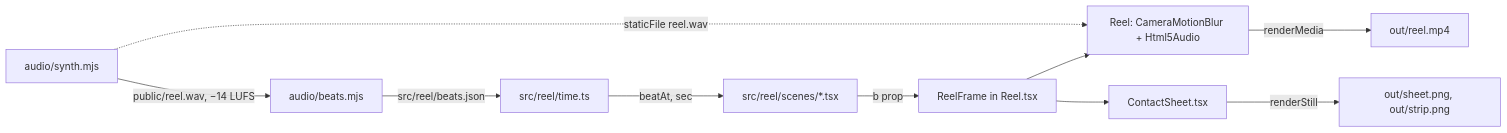
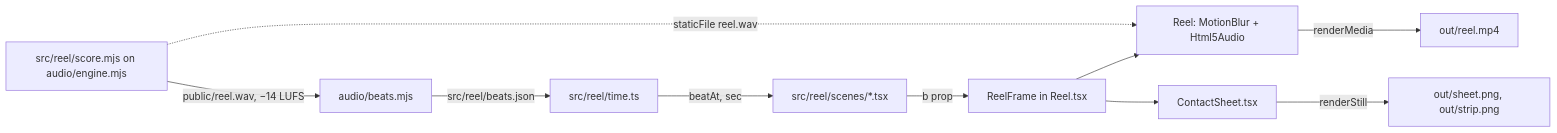
The diagram in docs/MOTION_REEL.md (alxv2016/claude-animation), drawn with Mermaid before and after one commit. The commit also changed other lines of this file and 57 other files, not shown here.

````diff
--- a/docs/MOTION_REEL.md
+++ b/docs/MOTION_REEL.md
@@ -162,12 +164,12 @@
 ```mermaid
 flowchart LR
-  SYNTH[audio/synth.mjs] -->|public/reel.wav, −14 LUFS| BEATS[audio/beats.mjs]
+  SYNTH[src/reel/score.mjs on audio/engine.mjs] -->|public/reel.wav, −14 LUFS| BEATS[audio/beats.mjs]
   BEATS -->|src/reel/beats.json| TIME[src/reel/time.ts]
   TIME -->|beatAt, sec| SCENES[src/reel/scenes/*.tsx]
   SCENES -->|b prop| FRAME[ReelFrame in Reel.tsx]
-  FRAME --> REEL[Reel: CameraMotionBlur + Html5Audio]
+  FRAME --> REEL[Reel: MotionBlur + Html5Audio]
   FRAME --> SHEET[ContactSheet.tsx]
   REEL -->|renderMedia| MP4[out/reel.mp4]
   SHEET -->|renderStill| PNG[out/sheet.png, out/strip.png]
   SYNTH -.->|staticFile reel.wav| REEL
 ```
````
